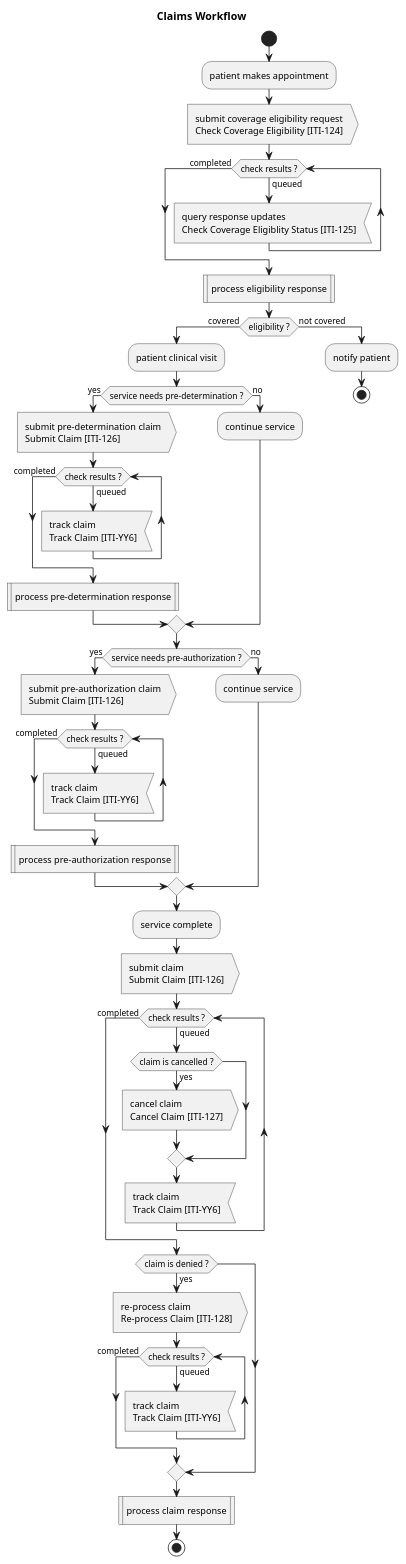
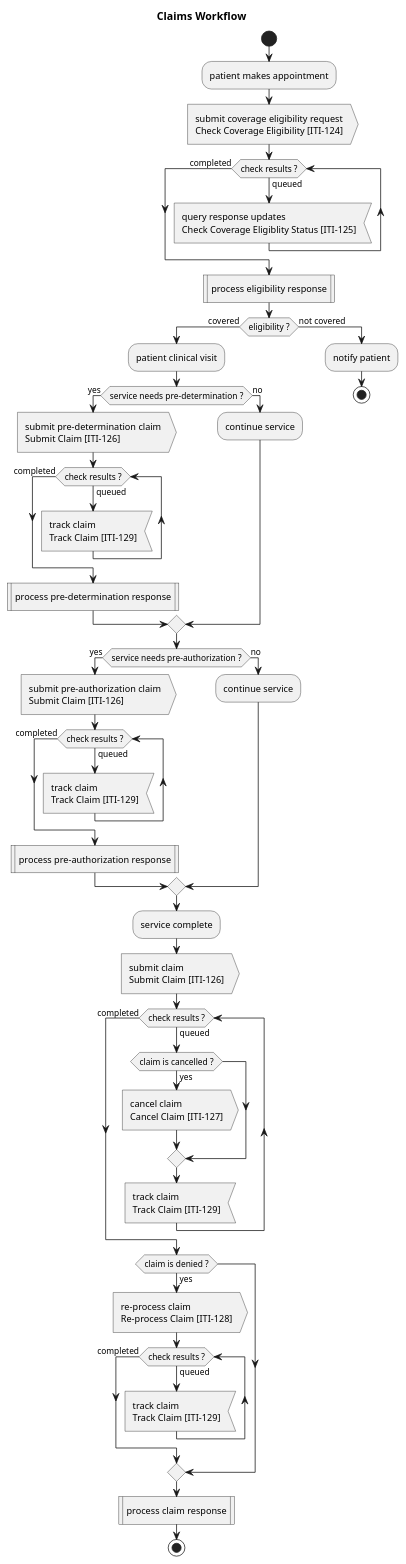
One commit to IHE/ITI.Finance changed the diagram in input/images-source/overview-visit.plantuml. Above: the diagram before and after it, drawn with PlantUML. The commit also changed 17 other files, not shown here.

```diff
--- a/input/images-source/overview-visit.plantuml
+++ b/input/images-source/overview-visit.plantuml
@@ -1,53 +1,53 @@
 @startuml
 
 title Claims Workflow
 
 start
 :patient makes appointment;
 :submit coverage eligibility request\nCheck Coverage Eligibility &#91;ITI-124&#93;>
 while (check results ?) is (queued)
   :query response updates\nCheck Coverage Eligiblity Status &#91;ITI-125&#93;<
 endwhile (completed)
 :process eligibility response|
 if (eligibility ?) then (covered)
   :patient clinical visit;
 
   if (service needs pre-determination ?) then (yes)
     :submit pre-determination claim\nSubmit Claim &#91;ITI-126&#93;>
     while (check results ?) is (queued)
-      :track claim\nTrack Claim &#91;ITI-YY6&#93;<
+      :track claim\nTrack Claim &#91;ITI-129&#93;<
     endwhile (completed)
     :process pre-determination response|
   else (no)
     :continue service;
   endif 
   if (service needs pre-authorization ?) then (yes)
   :submit pre-authorization claim\nSubmit Claim &#91;ITI-126&#93;>
   while (check results ?) is (queued)
-    :track claim\nTrack Claim &#91;ITI-YY6&#93;<
+    :track claim\nTrack Claim &#91;ITI-129&#93;<
   endwhile (completed)
   :process pre-authorization response|
   else (no)
     :continue service;
   endif
   :service complete;
   :submit claim\nSubmit Claim &#91;ITI-126&#93;>
   while (check results ?) is (queued)
     if (claim is cancelled ?) then (yes)
       :cancel claim\nCancel Claim &#91;ITI-127&#93;>
     endif
-    :track claim\nTrack Claim &#91;ITI-YY6&#93;<
+    :track claim\nTrack Claim &#91;ITI-129&#93;<
   endwhile (completed)
   if (claim is denied ?) then (yes)
     :re-process claim\nRe-process Claim &#91;ITI-128&#93;>
     while (check results ?) is (queued)
-      :track claim\nTrack Claim &#91;ITI-YY6&#93;<
+      :track claim\nTrack Claim &#91;ITI-129&#93;<
     endwhile (completed)
   endif
   :process claim response|
   stop
 else (not covered)
   :notify patient;
   stop
 
 @enduml
```
